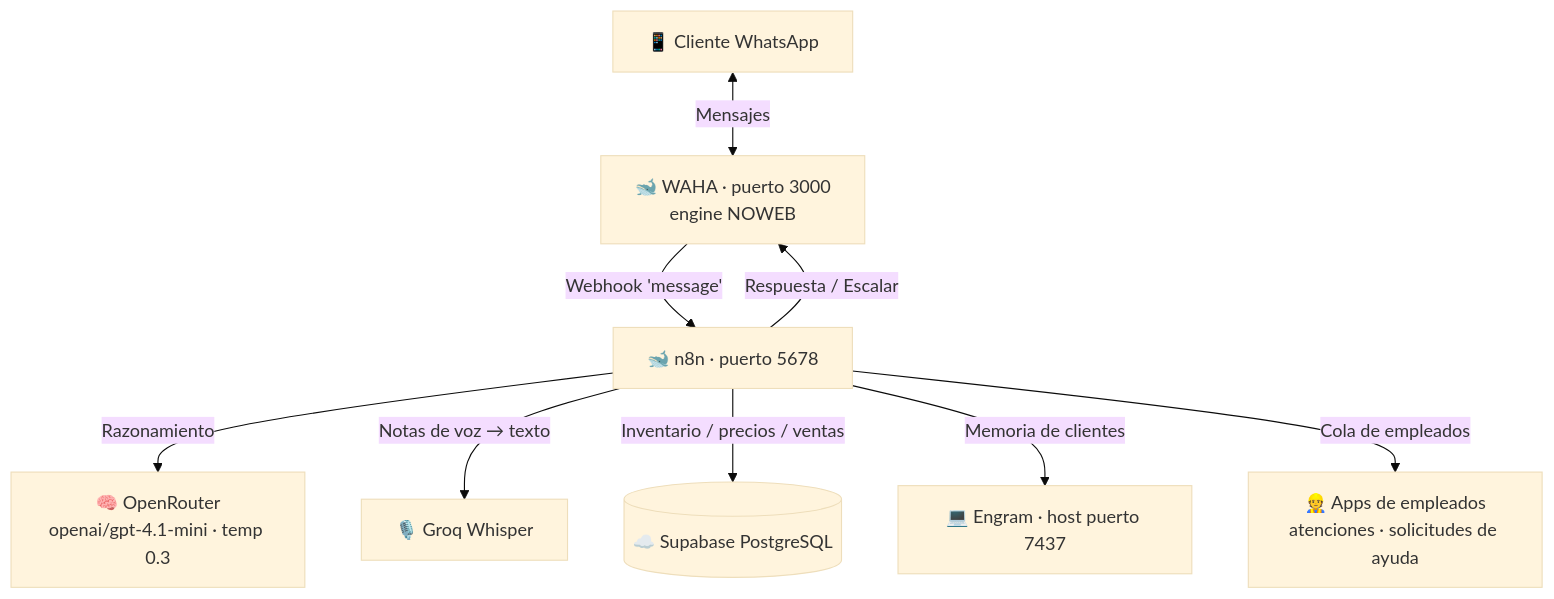
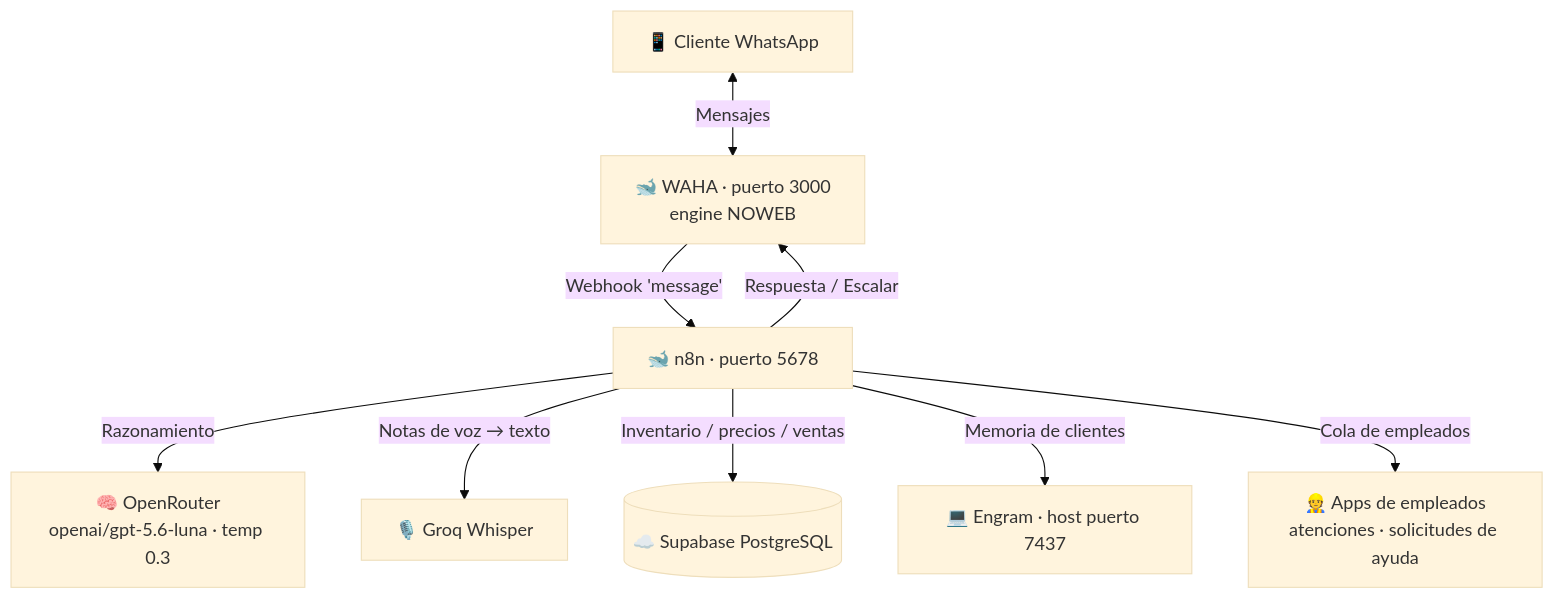
Before and after one commit to Gus2708/whatsapp-agent: the diagram in README.md, drawn with Mermaid (base theme). The commit also changed other lines of this file and 36 other files, not shown here.

````diff
--- a/README.md
+++ b/README.md
@@ -18,11 +18,11 @@
 ```mermaid
 graph TD
     Client[📱 Cliente WhatsApp] <-->|Mensajes| WAHA[🐋 WAHA · puerto 3000<br/>engine NOWEB]
     WAHA -->|Webhook 'message'| N8N[🐋 n8n · puerto 5678]
-    N8N -->|Razonamiento| Model[🧠 OpenRouter<br/>openai/gpt-4.1-mini · temp 0.3]
+    N8N -->|Razonamiento| Model[🧠 OpenRouter<br/>openai/gpt-5.6-luna · temp 0.3]
     N8N -->|Notas de voz → texto| Groq[🎙️ Groq Whisper]
     N8N -->|Inventario / precios / ventas| Supabase[(☁️ Supabase PostgreSQL)]
     N8N -->|Memoria de clientes| Engram[💻 Engram · host puerto 7437]
     N8N -->|Respuesta / Escalar| WAHA
     N8N -->|Cola de empleados| Apps[👷 Apps de empleados<br/>atenciones · solicitudes de ayuda]
 ```
````
